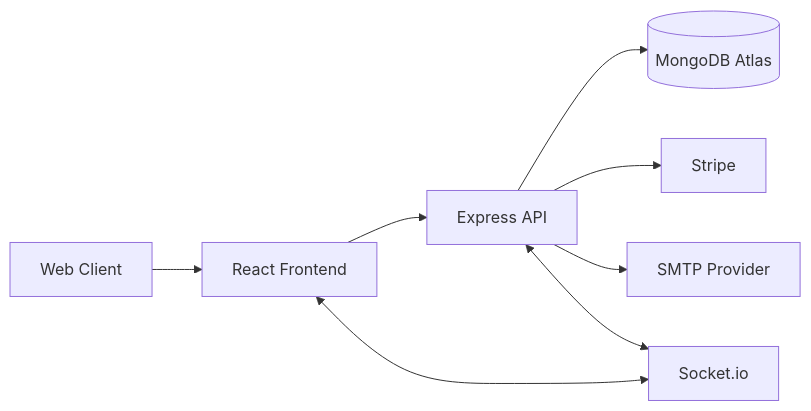
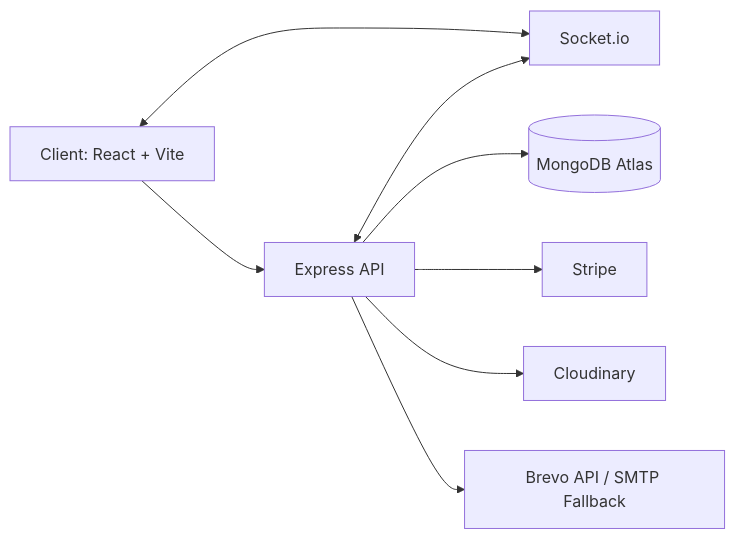
One commit to smri29/BidPulse changed the first of 2 diagrams in README.md. Above: the diagram before and after it, drawn with Mermaid. The commit also changed other lines of this file and 3 other files, not shown here.

````diff
--- a/README.md
+++ b/README.md
@@ -66,10 +109,10 @@
 ```mermaid
 flowchart LR
-  U[Web Client] --> FE[React Frontend]
-  FE --> API[Express API]
+  C[Client: React + Vite] --> API[Express API]
+  C <--> WS[Socket.io]
+  API <--> WS
   API --> DB[(MongoDB Atlas)]
   API --> STRIPE[Stripe]
-  API --> SMTP[SMTP Provider]
-  FE <--> WS[Socket.io]
-  API <--> WS
+  API --> CLOUD[Cloudinary]
+  API --> MAIL[Brevo API / SMTP Fallback]
 ```
````
